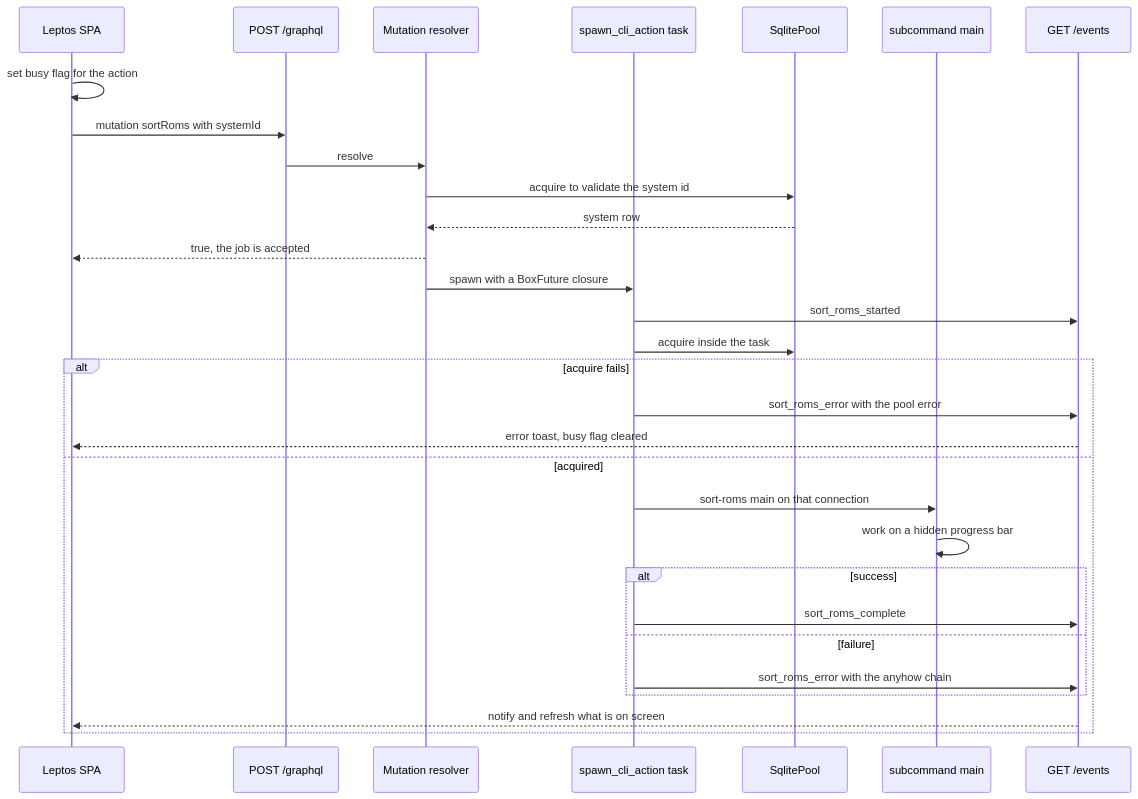
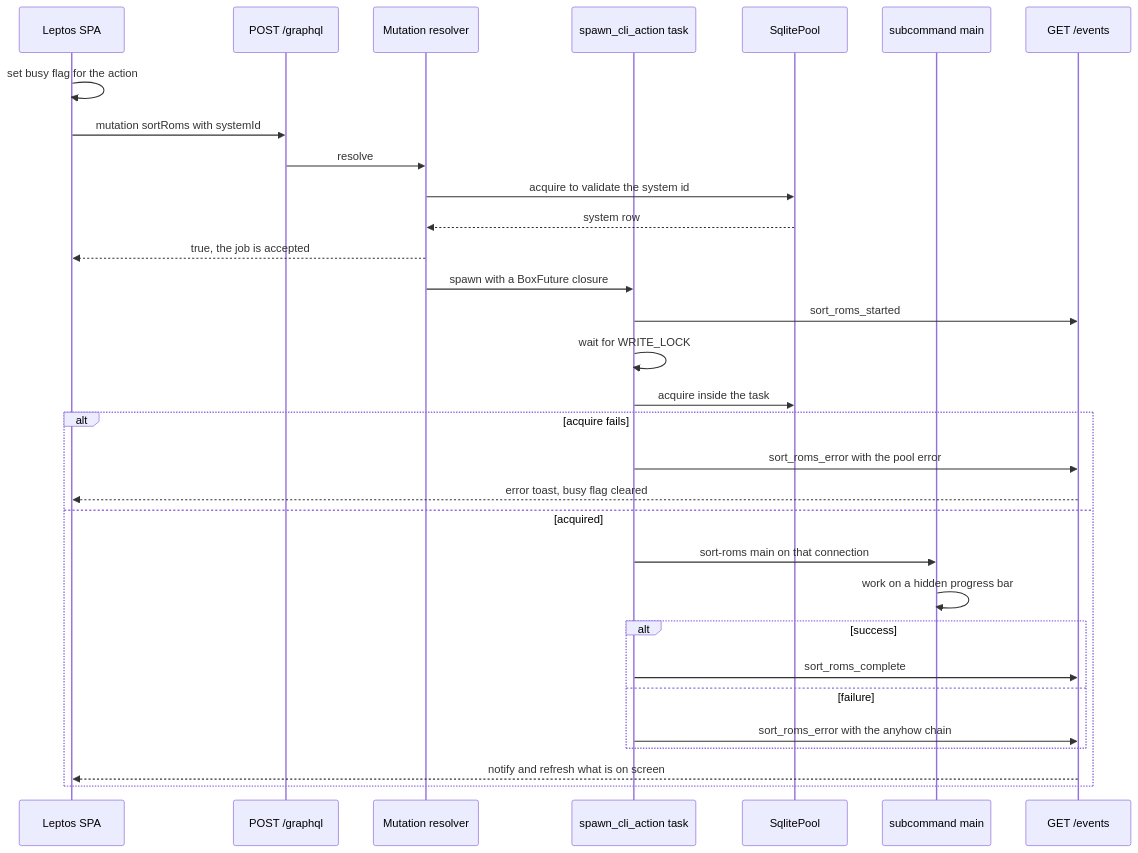
The second of 2 diagrams in openwiki/server/http-server-and-graphql-api.md (alucryd/oxyromon), drawn with Mermaid before and after one commit. The commit also changed other lines of this file and 57 other files, not shown here.

````diff
--- a/openwiki/server/http-server-and-graphql-api.md
+++ b/openwiki/server/http-server-and-graphql-api.md
@@ -268,33 +277,34 @@
 ```mermaid
 sequenceDiagram
   participant UI as Leptos SPA
   participant GQL as POST /graphql
   participant MUT as Mutation resolver
   participant TASK as spawn_cli_action task
   participant POOL as SqlitePool
   participant SUB as subcommand main
   participant SSE as GET /events
 
   UI->>UI: set busy flag for the action
   UI->>GQL: mutation sortRoms with systemId
   GQL->>MUT: resolve
   MUT->>POOL: acquire to validate the system id
   POOL-->>MUT: system row
   MUT-->>UI: true, the job is accepted
   MUT->>TASK: spawn with a BoxFuture closure
   TASK->>SSE: sort_roms_started
+  TASK->>TASK: wait for WRITE_LOCK
   TASK->>POOL: acquire inside the task
   alt acquire fails
     TASK->>SSE: sort_roms_error with the pool error
     SSE-->>UI: error toast, busy flag cleared
   else acquired
     TASK->>SUB: sort-roms main on that connection
     SUB->>SUB: work on a hidden progress bar
     alt success
       TASK->>SSE: sort_roms_complete
     else failure
       TASK->>SSE: sort_roms_error with the anyhow chain
     end
     SSE-->>UI: notify and refresh what is on screen
   end
 ```
````
